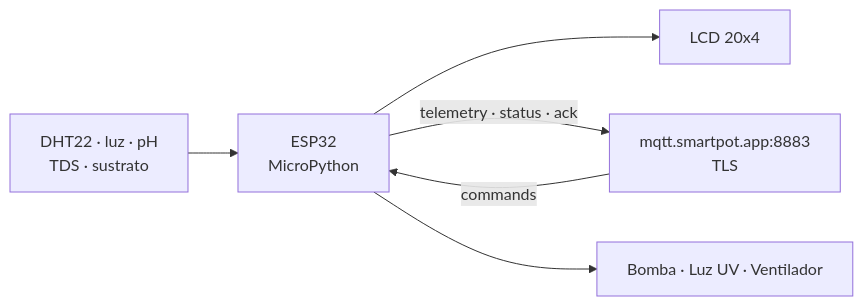
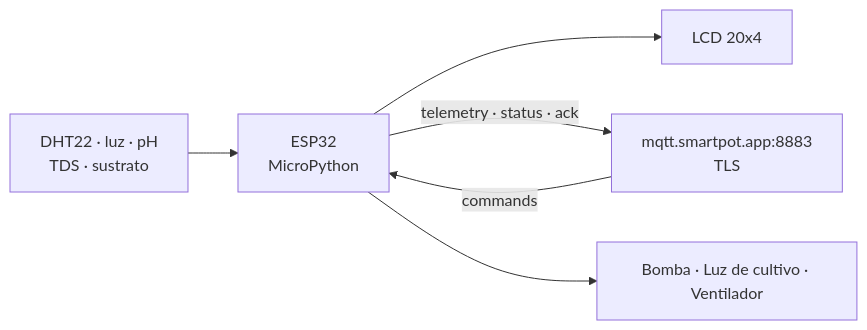
One commit to SmartPotTech/SmartPot-IoT changed the diagram in README.md. Above: the diagram before and after it, drawn with Mermaid. The commit also changed other lines of this file, not shown here.

Commit message:
Mention virtual pots and link superdiagrams

````diff
--- a/README.md
+++ b/README.md
@@ -12,8 +14,8 @@
 ```mermaid
 flowchart LR
   sensores["DHT22 · luz · pH<br/>TDS · sustrato"] --> esp["ESP32<br/>MicroPython"]
   esp --> lcd["LCD 20x4"]
   esp -->|"telemetry · status · ack"| broker["mqtt.smartpot.app:8883<br/>TLS"]
   broker -->|"commands"| esp
-  esp --> act["Bomba · Luz UV · Ventilador"]
+  esp --> act["Bomba · Luz de cultivo · Ventilador"]
 ```
````
